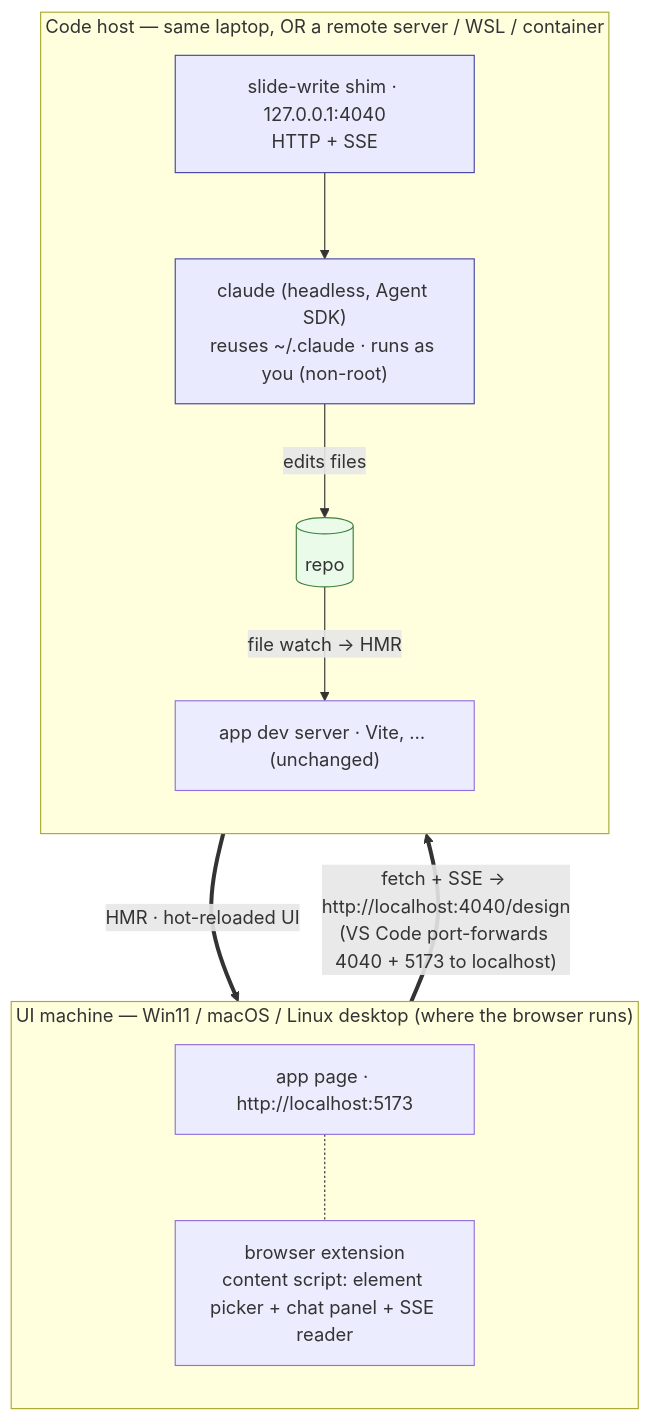
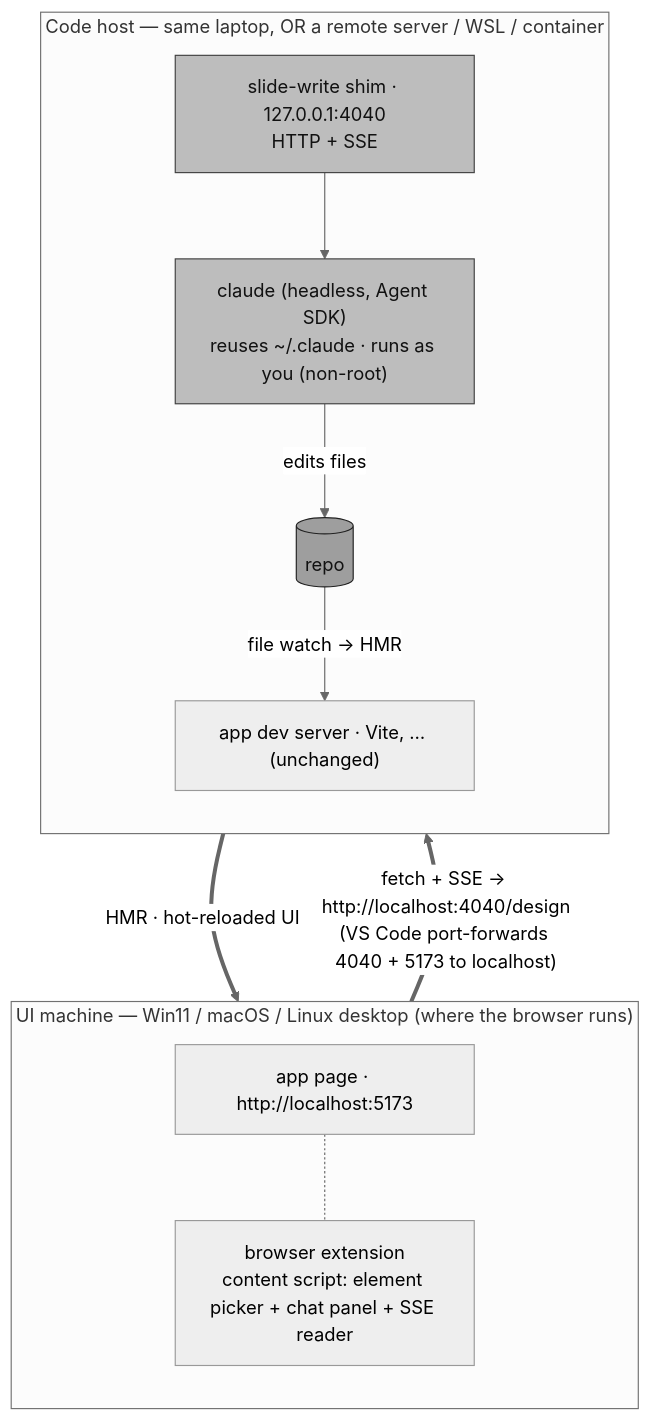
The first of 2 diagrams in README.md (mikeg0/slide-write), drawn with Mermaid before and after one commit. The commit also changed other lines of this file, not shown here.

````diff
--- a/README.md
+++ b/README.md
@@ -109,28 +109,29 @@
 ```mermaid
+%%{init: {'theme':'neutral'}}%%
 flowchart TB
     subgraph UI["UI machine — Win11 / macOS / Linux desktop (where the browser runs)"]
         direction TB
         PAGE["app page · http://localhost:5173"]
         EXT["browser extension<br/>content script: element picker + chat panel + SSE reader"]
         PAGE -.- EXT
     end
 
     subgraph CODE["Code host — same laptop, OR a remote server / WSL / container"]
         direction TB
         SHIM["slide-write shim · 127.0.0.1:4040<br/>HTTP + SSE"]
         CLAUDE["claude (headless, Agent SDK)<br/>reuses ~/.claude · runs as you (non-root)"]
         DEV["app dev server · Vite, … (unchanged)"]
         REPO[("repo")]
         SHIM --> CLAUDE
         CLAUDE -- "edits files" --> REPO
         REPO -- "file watch → HMR" --> DEV
     end
 
     EXT == "fetch + SSE → http://localhost:4040/design<br/>(VS Code port-forwards 4040 + 5173 to localhost)" ==> SHIM
     DEV == "HMR · hot-reloaded UI" ==> PAGE
 
-    classDef hot fill:#eaeaff,stroke:#4646a0;
-    classDef repo fill:#eafbea,stroke:#3f7f3f;
+    classDef hot fill:#bdbdbd,stroke:#404040,color:#111111;
+    classDef repo fill:#9e9e9e,stroke:#212121,color:#111111;
     class SHIM,CLAUDE hot;
     class REPO repo;
 ```
````
